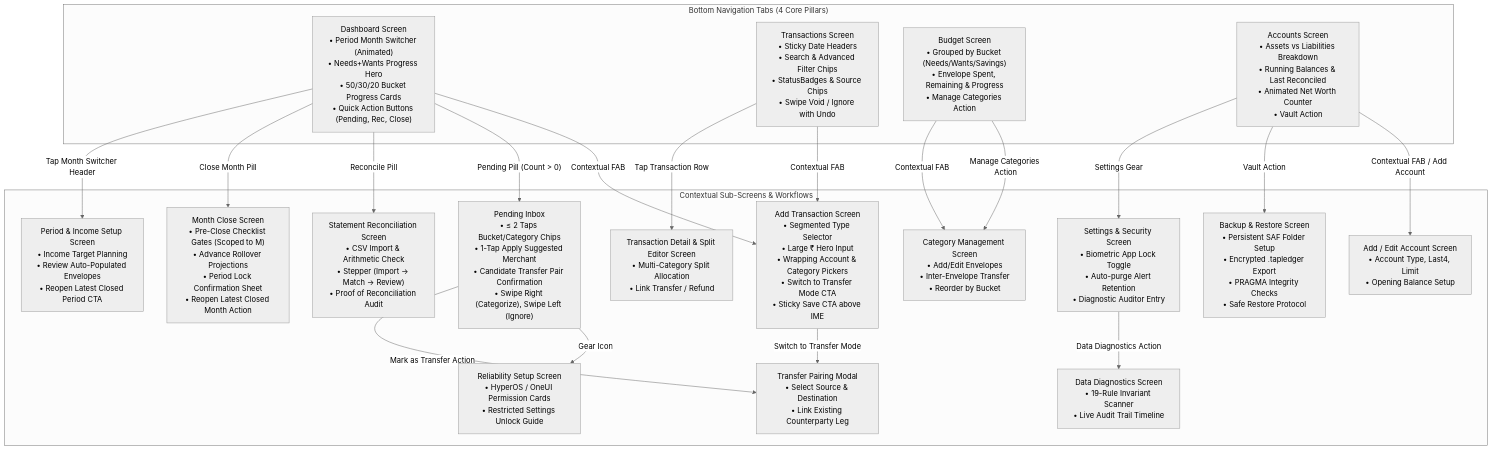
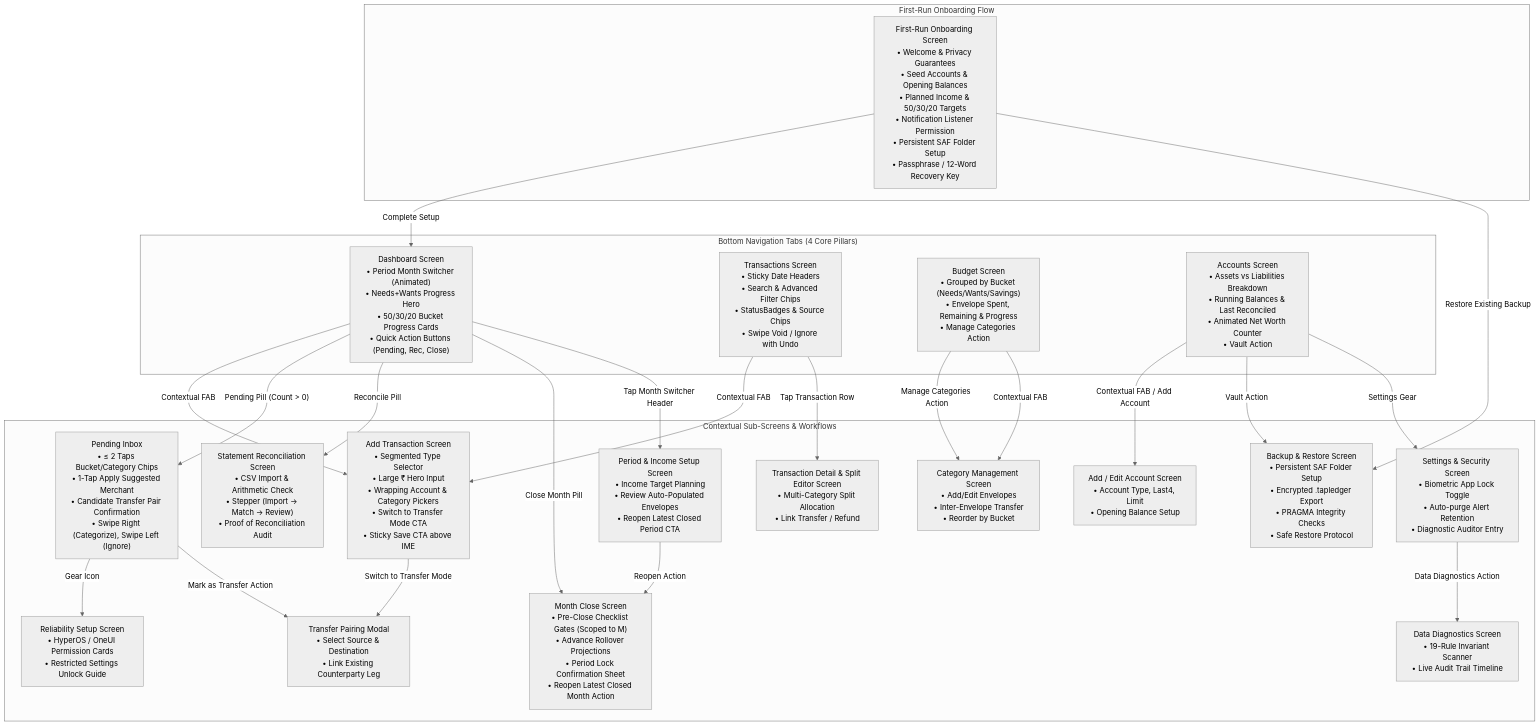
The seventh of 7 diagrams in Flow.md (Ganesh1110/Tap_Ledger), drawn with Mermaid (neutral theme) before and after one commit. The commit also changed other lines of this file, not shown here.

Commit message:
feat: Update Flow.md to version 2.5, enhancing mathematical specifications and database integrity rules

````diff
--- a/Flow.md
+++ b/Flow.md
@@ -673,48 +720,57 @@
 ```mermaid
 flowchart TD
+    subgraph OnboardingFlow ["First-Run Onboarding Flow"]
+        S_Onboard["First-Run Onboarding Screen\n• Welcome & Privacy Guarantees\n• Seed Accounts & Opening Balances\n• Planned Income & 50/30/20 Targets\n• Notification Listener Permission\n• Persistent SAF Folder Setup\n• Passphrase / 12-Word Recovery Key"]
+    end
+
     subgraph BottomNav ["Bottom Navigation Tabs (4 Core Pillars)"]
         S_Dash["Dashboard Screen\n• Period Month Switcher (Animated)\n• Needs+Wants Progress Hero\n• 50/30/20 Bucket Progress Cards\n• Quick Action Buttons (Pending, Rec, Close)"]
         S_Tx["Transactions Screen\n• Sticky Date Headers\n• Search & Advanced Filter Chips\n• StatusBadges & Source Chips\n• Swipe Void / Ignore with Undo"]
         S_Budget["Budget Screen\n• Grouped by Bucket (Needs/Wants/Savings)\n• Envelope Spent, Remaining & Progress\n• Manage Categories Action"]
         S_Acct["Accounts Screen\n• Assets vs Liabilities Breakdown\n• Running Balances & Last Reconciled\n• Animated Net Worth Counter\n• Vault Action"]
     end
 
     subgraph ModalsAndWorkflows ["Contextual Sub-Screens & Workflows"]
         S_Manual["Add Transaction Screen\n• Segmented Type Selector\n• Large ₹ Hero Input\n• Wrapping Account & Category Pickers\n• Switch to Transfer Mode CTA\n• Sticky Save CTA above IME"]
         S_TxDetail["Transaction Detail & Split Editor Screen\n• Multi-Category Split Allocation\n• Link Transfer / Refund"]
         S_Inbox["Pending Inbox\n• ≤ 2 Taps Bucket/Category Chips\n• 1-Tap Apply Suggested Merchant\n• Candidate Transfer Pair Confirmation\n• Swipe Right (Categorize), Swipe Left (Ignore)"]
         S_Transfer["Transfer Pairing Modal\n• Select Source & Destination\n• Link Existing Counterparty Leg"]
         S_CatMgmt["Category Management Screen\n• Add/Edit Envelopes\n• Inter-Envelope Transfer\n• Reorder by Bucket"]
         S_AcctEdit["Add / Edit Account Screen\n• Account Type, Last4, Limit\n• Opening Balance Setup"]
         S_PeriodSetup["Period & Income Setup Screen\n• Income Target Planning\n• Review Auto-Populated Envelopes\n• Reopen Latest Closed Period CTA"]
         S_Stmt["Statement Reconciliation Screen\n• CSV Import & Arithmetic Check\n• Stepper (Import → Match → Review)\n• Proof of Reconciliation Audit"]
         S_Close["Month Close Screen\n• Pre-Close Checklist Gates (Scoped to M)\n• Advance Rollover Projections\n• Period Lock Confirmation Sheet\n• Reopen Latest Closed Month Action"]
         S_Diag["Data Diagnostics Screen\n• 19-Rule Invariant Scanner\n• Live Audit Trail Timeline"]
         S_Backup["Backup & Restore Screen\n• Persistent SAF Folder Setup\n• Encrypted .tapledger Export\n• PRAGMA Integrity Checks\n• Safe Restore Protocol"]
         S_Setup["Reliability Setup Screen\n• HyperOS / OneUI Permission Cards\n• Restricted Settings Unlock Guide"]
         S_Settings["Settings & Security Screen\n• Biometric App Lock Toggle\n• Auto-purge Alert Retention\n• Diagnostic Auditor Entry"]
     end
 
+    S_Onboard -->|"Complete Setup"| S_Dash
+    S_Onboard -->|"Restore Existing Backup"| S_Backup
+
     S_Dash -->|"Contextual FAB"| S_Manual
     S_Dash -->|"Pending Pill (Count > 0)"| S_Inbox
     S_Dash -->|"Reconcile Pill"| S_Stmt
     S_Dash -->|"Close Month Pill"| S_Close
     S_Dash -->|"Tap Month Switcher Header"| S_PeriodSetup
 
     S_Tx -->|"Contextual FAB"| S_Manual
     S_Tx -->|"Tap Transaction Row"| S_TxDetail
 
     S_Budget -->|"Manage Categories Action"| S_CatMgmt
     S_Budget -->|"Contextual FAB"| S_CatMgmt
 
     S_Acct -->|"Contextual FAB / Add Account"| S_AcctEdit
     S_Acct -->|"Vault Action"| S_Backup
     S_Acct -->|"Settings Gear"| S_Settings
 
     S_Manual -->|"Switch to Transfer Mode"| S_Transfer
 
     S_Inbox -->|"Gear Icon"| S_Setup
     S_Inbox -->|"Mark as Transfer Action"| S_Transfer
 
+    S_PeriodSetup -->|"Reopen Action"| S_Close
+
     S_Settings -->|"Data Diagnostics Action"| S_Diag
 ```
````
